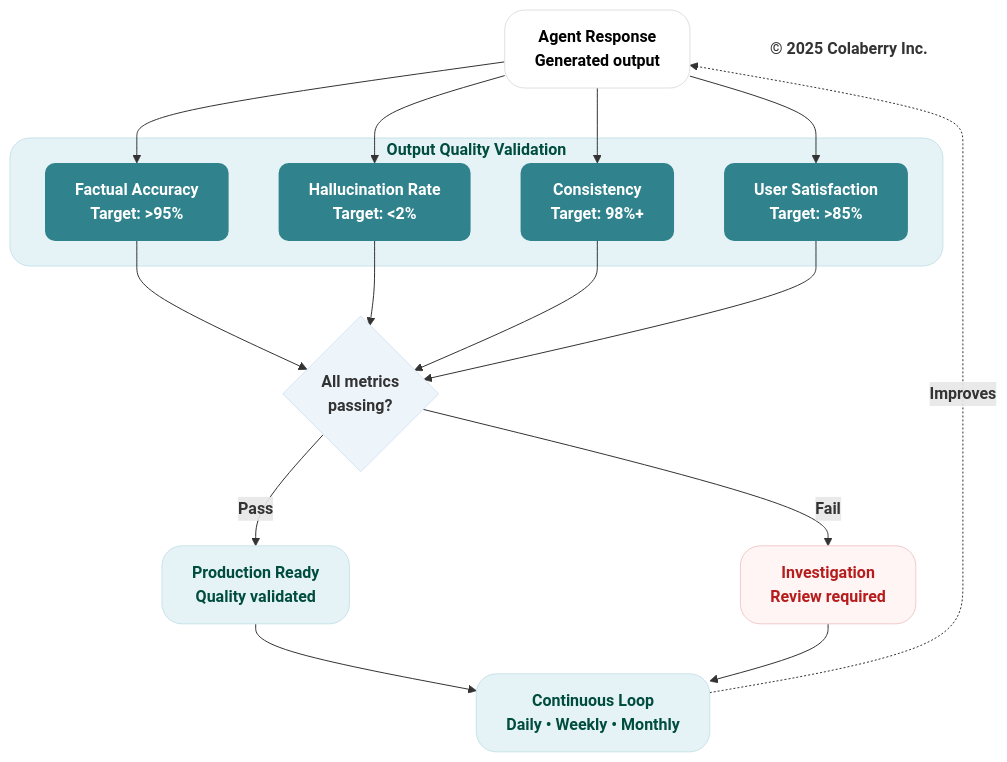
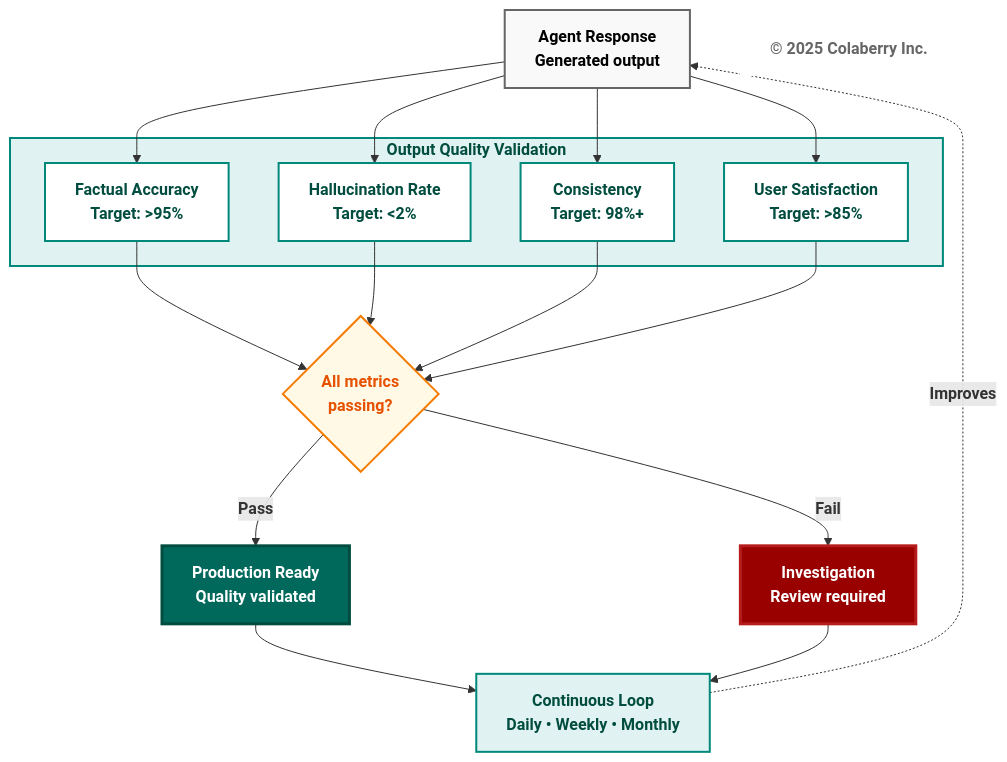
The eighth of 14 diagrams in manuscript/08_chapter_7_goals_framework.md (saitejesh-cyber/trust-before-intelligence-book), drawn with Mermaid before and after one commit. The commit also changed other lines of this file and 12 other files, not shown here.

Commit message:
Restore legacy Mermaid styles for Option 1

````diff
--- a/manuscript/08_chapter_7_goals_framework.md
+++ b/manuscript/08_chapter_7_goals_framework.md
@@ -830,49 +830,49 @@
 ```mermaid
 graph TB
     AGENT["<b>Agent Response</b><br/><b>Generated output</b>"]
     
     subgraph METRICS["<b>Output Quality Validation</b>"]
         M1["<b>Factual Accuracy</b><br/><b>Target: >95%</b>"]
         M2["<b>Hallucination Rate</b><br/><b>Target: <2%</b>"]
         M3["<b>Consistency</b><br/><b>Target: 98%+</b>"]
         M4["<b>User Satisfaction</b><br/><b>Target: >85%</b>"]
     end
     
     VALIDATE{<b>All metrics<br/>passing?</b>}
     
     PASS["<b>Production Ready</b><br/><b>Quality validated</b>"]
     FAIL["<b>Investigation</b><br/><b>Review required</b>"]
     
     FEEDBACK["<b>Continuous Loop</b><br/><b>Daily • Weekly • Monthly</b>"]
     
     AGENT --> M1
     AGENT --> M2
     AGENT --> M3
     AGENT --> M4
     
     M1 --> VALIDATE
     M2 --> VALIDATE
     M3 --> VALIDATE
     M4 --> VALIDATE
     
     VALIDATE -->|<b>Pass</b>| PASS
     VALIDATE -->|<b>Fail</b>| FAIL
     
     PASS --> FEEDBACK
     FAIL --> FEEDBACK
     FEEDBACK -.->|<b>Improves</b>| AGENT
     
-    style AGENT fill:#ffffff,stroke:#e0e0e0,stroke-width:1px,color:#000000,rx:20,ry:20
-    style METRICS fill:#e6f3f6,stroke:#c7e3ea,stroke-width:1px,color:#004d40,rx:20,ry:20
-    style M1 fill:#30838C,stroke:none,color:#ffffff,rx:10,ry:10
-    style M2 fill:#30838C,stroke:none,color:#ffffff,rx:10,ry:10
-    style M3 fill:#30838C,stroke:none,color:#ffffff,rx:10,ry:10
-    style M4 fill:#30838C,stroke:none,color:#ffffff,rx:10,ry:10
-    style VALIDATE fill:#edf4fa,stroke:#d6e4f2,stroke-width:1px,color:#333333,rx:20,ry:20
-    style PASS fill:#e6f3f6,stroke:#c7e3ea,stroke-width:1px,color:#004d40,rx:20,ry:20
-    style FAIL fill:#fff5f5,stroke:#f2caca,stroke-width:1px,color:#b71c1c,rx:20,ry:20
-    style FEEDBACK fill:#e6f3f6,stroke:#c7e3ea,stroke-width:1px,color:#004d40,rx:20,ry:20
+    style AGENT fill:#f9f9f9,stroke:#666666,stroke-width:2px,color:#000000
+    style METRICS fill:#e0f2f1,stroke:#00897b,stroke-width:2px,color:#004d40
+    style M1 fill:#ffffff,stroke:#00897b,stroke-width:2px,color:#004d40
+    style M2 fill:#ffffff,stroke:#00897b,stroke-width:2px,color:#004d40
+    style M3 fill:#ffffff,stroke:#00897b,stroke-width:2px,color:#004d40
+    style M4 fill:#ffffff,stroke:#00897b,stroke-width:2px,color:#004d40
+    style VALIDATE fill:#fff9e6,stroke:#f57c00,stroke-width:2px,color:#e65100
+    style PASS fill:#00695c,color:#ffffff,stroke:#004d40,stroke-width:3px
+    style FAIL fill:#990000,color:#ffffff,stroke:#b71c1c,stroke-width:3px
+    style FEEDBACK fill:#e0f2f1,stroke:#00897b,stroke-width:2px,color:#004d40
     
     Copyright["<b>© 2025 Colaberry Inc.</b>"]
-    style Copyright fill:none,stroke:none,color:#333333
+    style Copyright fill:#ffffff,stroke:none,color:#666666
 ```
````
